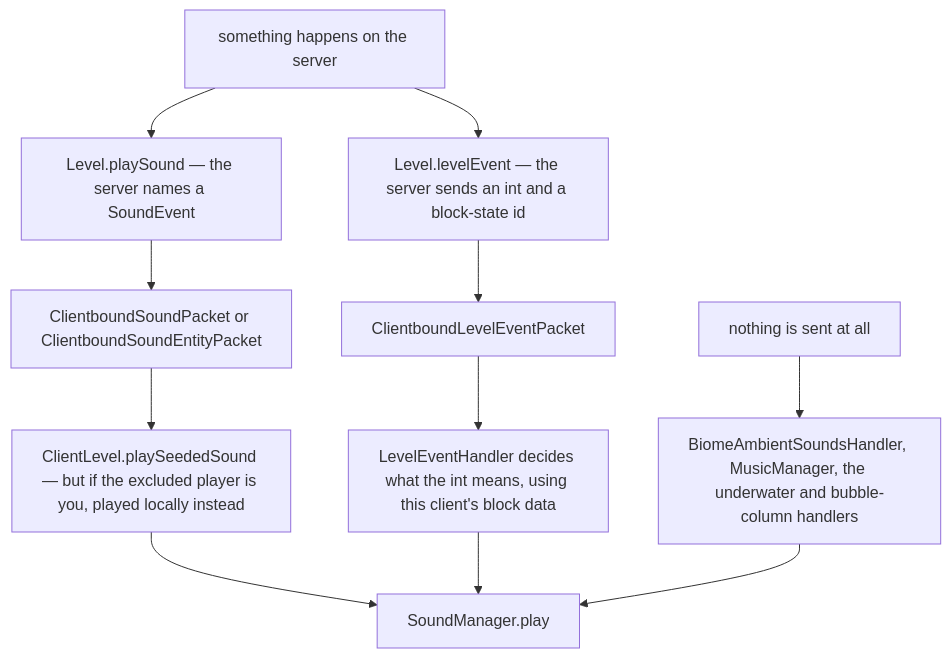
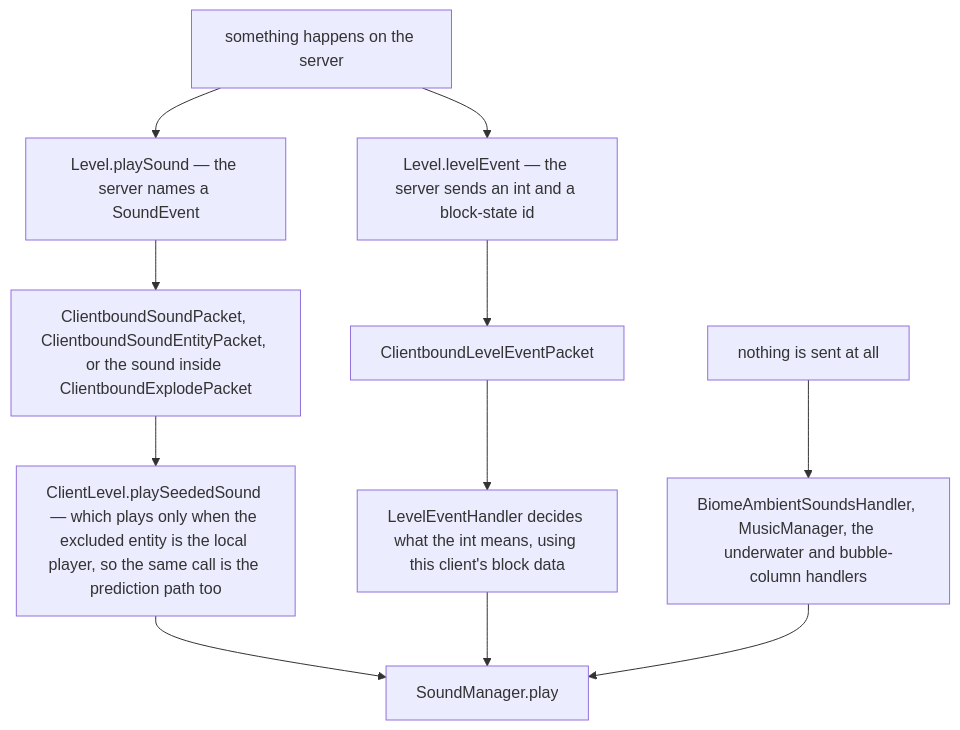
The diagram in src/systems/client/what-makes-a-sound.md (AlexanderjFraser/MinecraftDocs), drawn with Mermaid before and after one commit. The commit also changed other lines of this file and 13 other files, not shown here.

````diff
--- a/src/systems/client/what-makes-a-sound.md
+++ b/src/systems/client/what-makes-a-sound.md
@@ -39,16 +42,16 @@
 ```mermaid
 flowchart TD
     SERVER["something happens on the server"]
     NAMED["Level.playSound — the server names a SoundEvent"]
     EVENT["Level.levelEvent — the server sends an int and a block-state id"]
     CLIENTONLY["nothing is sent at all"]
-    P1["ClientboundSoundPacket or ClientboundSoundEntityPacket"]
+    P1["ClientboundSoundPacket, ClientboundSoundEntityPacket, or the sound inside ClientboundExplodePacket"]
     P2["ClientboundLevelEventPacket"]
     LEH["LevelEventHandler decides what the int means, using this client's block data"]
-    LOCAL["ClientLevel.playSeededSound — but if the excluded player is you, played locally instead"]
+    LOCAL["ClientLevel.playSeededSound — which plays only when the excluded entity is the local player, so the same call is the prediction path too"]
     AMB["BiomeAmbientSoundsHandler, MusicManager, the underwater and bubble-column handlers"]
     SM["SoundManager.play"]
     SERVER --> NAMED --> P1 --> LOCAL --> SM
     SERVER --> EVENT --> P2 --> LEH --> SM
     CLIENTONLY --> AMB --> SM
 ```
````
